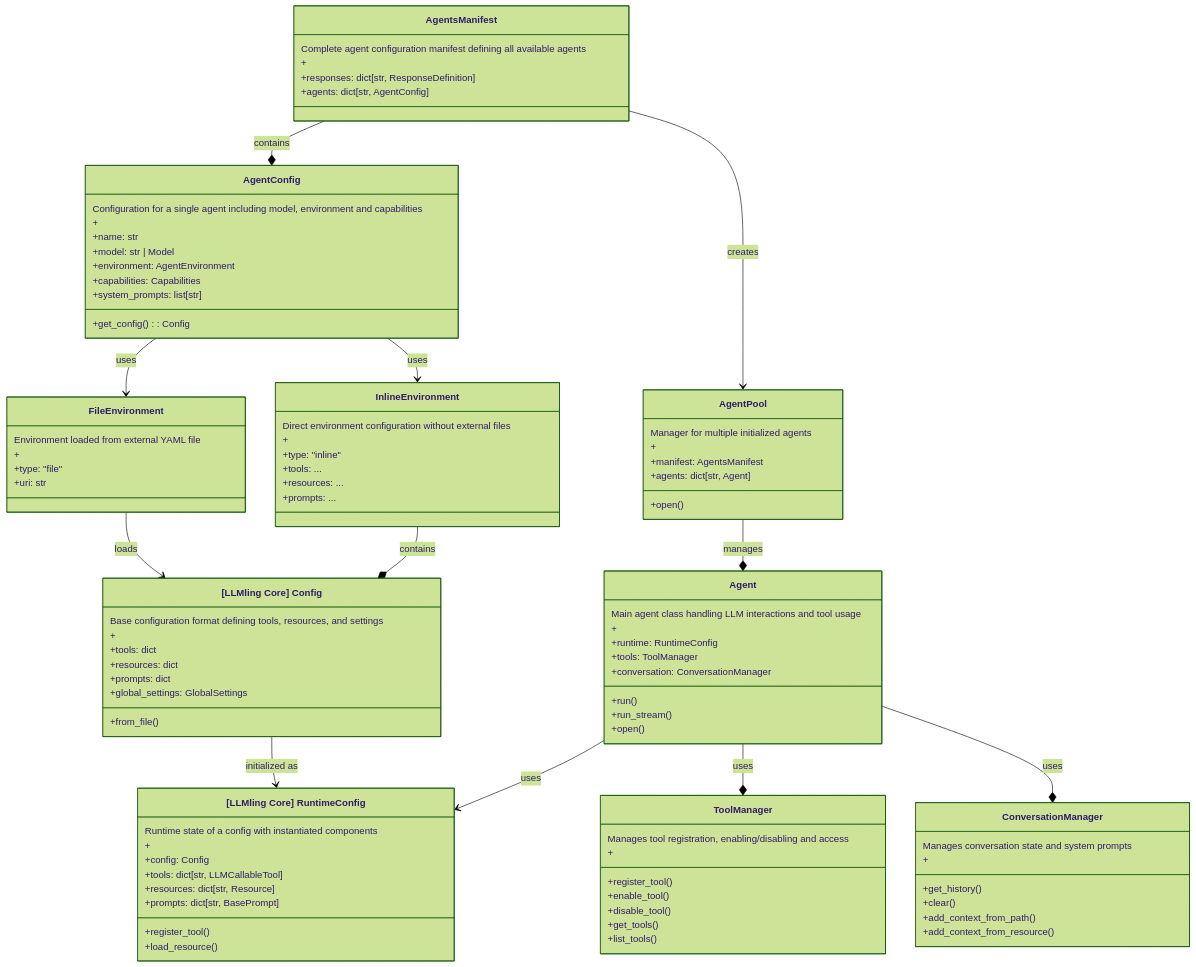
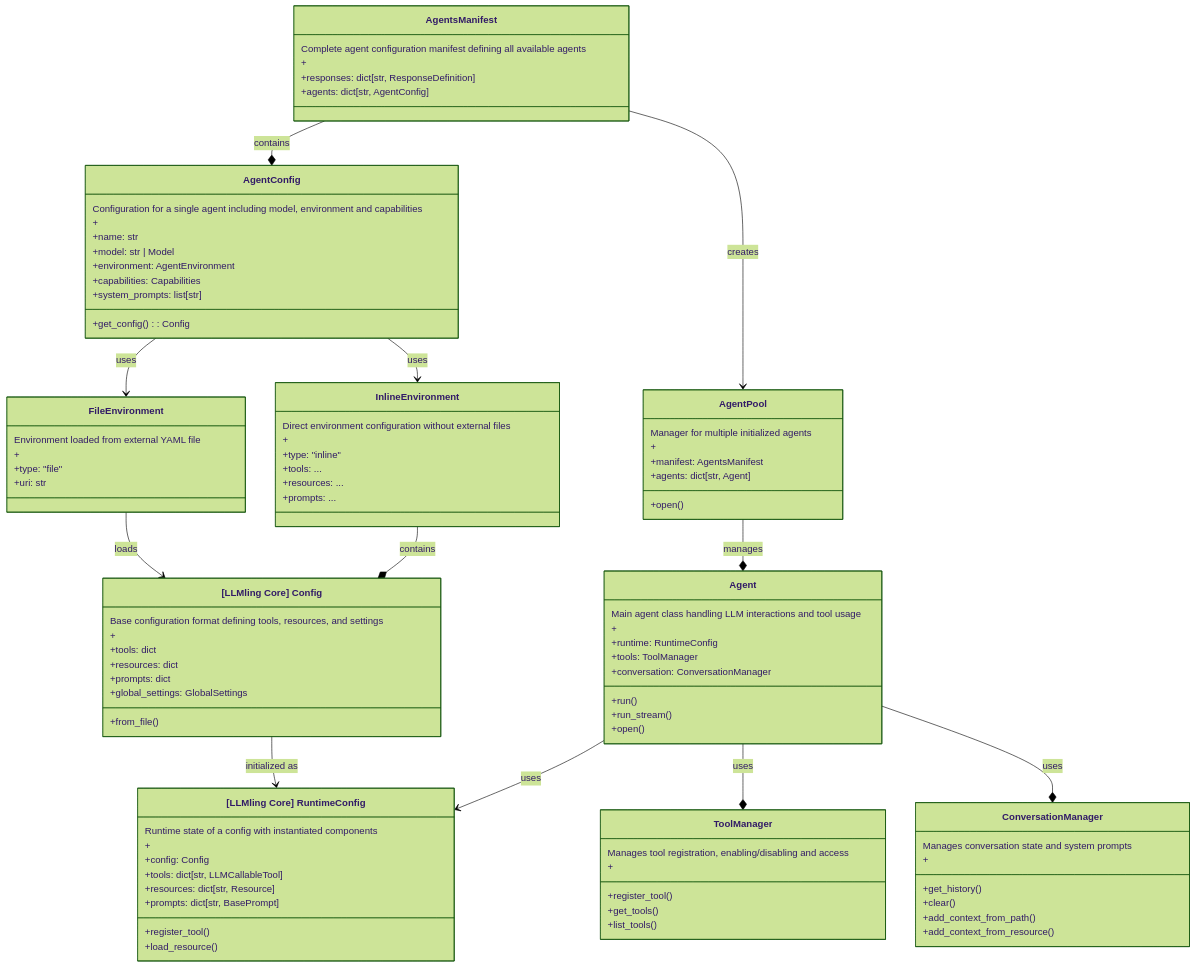
One commit to uk0/llmling-agent changed the diagram in README.md. Above: the diagram before and after it, drawn with Mermaid (forest theme). The commit also changed 2 other files, not shown here.

```diff
--- a/README.md
+++ b/README.md
@@ -870,8 +870,6 @@
         Manages tool registration, enabling/disabling and access
         +
         +register_tool()
-        +enable_tool()
-        +disable_tool()
         +get_tools()
         +list_tools()
     }
```
